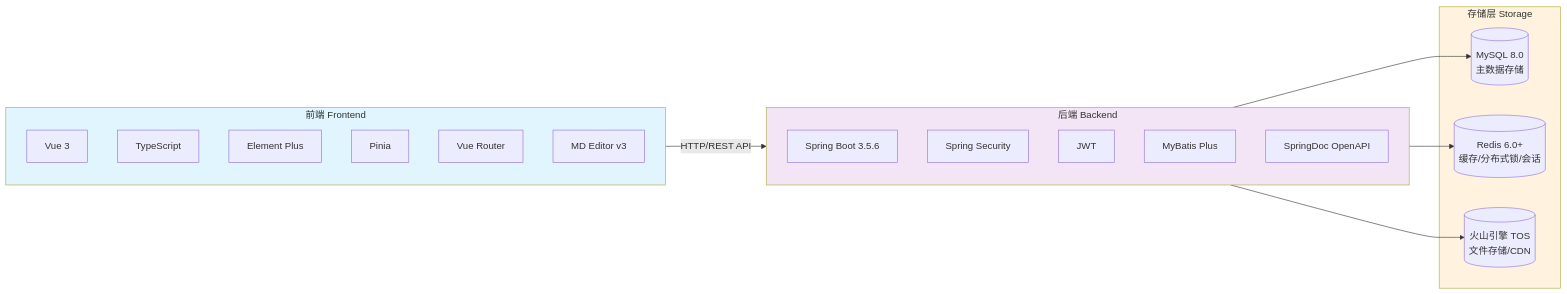
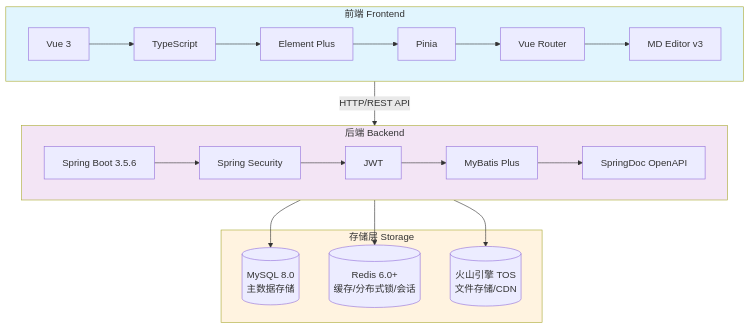
Before and after one commit to 4iKZ/blogs_workspace: the first of 2 diagrams in README.md, drawn with Mermaid.

Commit message:
docs: arrange frontend/backend components horizontally within layers
Use direction LR within subgraphs to display frontend and backend
components horizontally while keeping the overall layout vertical.

````diff
--- a/README.md
+++ b/README.md
@@ -103,34 +103,27 @@
 ```mermaid
-graph LR
+graph TB
     subgraph Frontend["前端 Frontend"]
-        Vue[Vue 3]
-        TS[TypeScript]
-        Element[Element Plus]
-        Pinia[Pinia]
-        Router[Vue Router]
-        MDEditor[MD Editor v3]
+        direction LR
+        Vue[Vue 3] --> TS[TypeScript] --> Element[Element Plus] --> Pinia[Pinia] --> Router[Vue Router] --> MDEditor[MD Editor v3]
     end
 
     subgraph Backend["后端 Backend"]
-        Spring[Spring Boot 3.5.6]
-        Security[Spring Security]
-        JWT[JWT]
-        MyBatis[MyBatis Plus]
-        OpenAPI[SpringDoc OpenAPI]
+        direction LR
+        Spring[Spring Boot 3.5.6] --> Security[Spring Security] --> JWT[JWT] --> MyBatis[MyBatis Plus] --> OpenAPI[SpringDoc OpenAPI]
     end
 
     subgraph Storage["存储层 Storage"]
         MySQL[(MySQL 8.0<br/>主数据存储)]
         Redis[(Redis 6.0+<br/>缓存/分布式锁/会话)]
         TOS[(火山引擎 TOS<br/>文件存储/CDN)]
     end
 
     Frontend -->|HTTP/REST API| Backend
     Backend --> MySQL
     Backend --> Redis
     Backend --> TOS
 
     style Frontend fill:#e1f5fe
     style Backend fill:#f3e5f5
     style Storage fill:#fff3e0
 ```
````
